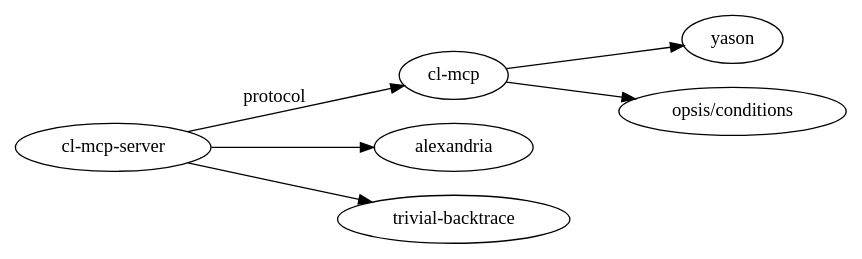
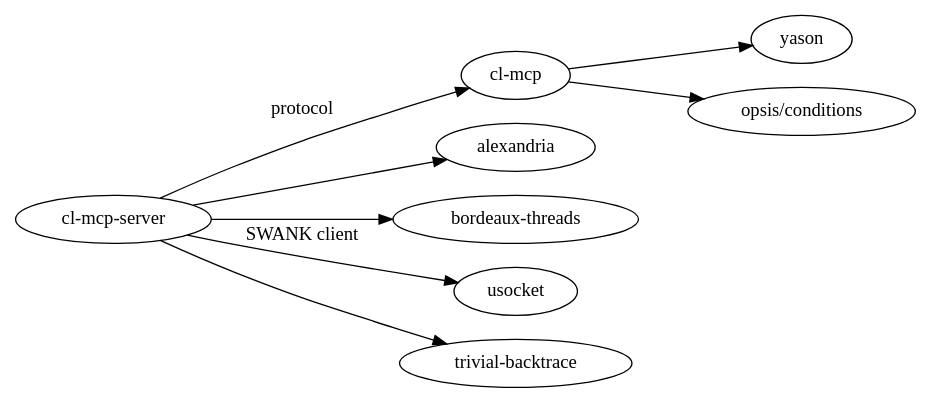
Before and after one commit to kraison/cl-mcp-server: the diagram in .claude/skills/dev/SKILL.md, drawn with Graphviz. The commit also changed other lines of this file and 24 other files, not shown here.

````diff
--- a/.claude/skills/dev/SKILL.md
+++ b/.claude/skills/dev/SKILL.md
@@ -34,10 +34,12 @@
 ```dot
 digraph {
   rankdir=LR
   "cl-mcp-server" -> "cl-mcp" [label="protocol"]
   "cl-mcp-server" -> "alexandria"
+  "cl-mcp-server" -> "bordeaux-threads"
+  "cl-mcp-server" -> "usocket" [label="SWANK client"]
   "cl-mcp-server" -> "trivial-backtrace"
   "cl-mcp" -> "yason"
   "cl-mcp" -> "opsis/conditions"
 }
 ```
````
